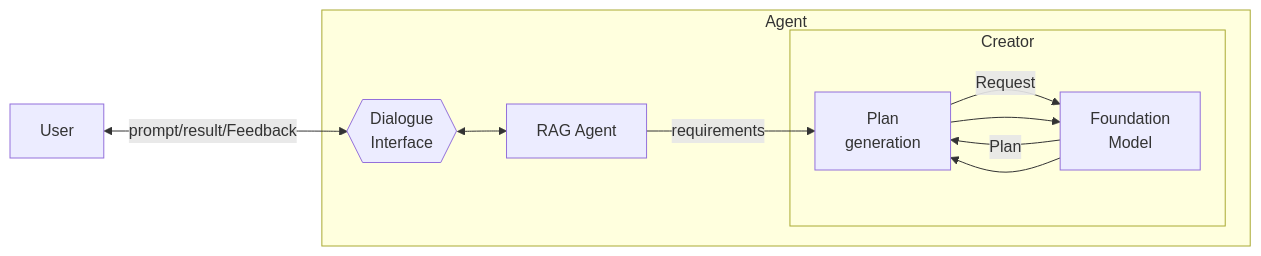
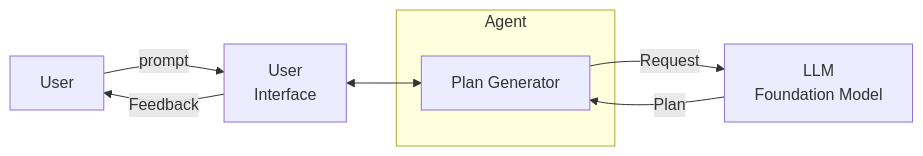
One commit to yanjustino/AgentPatternCatalogue changed the diagram in doc/IncrementalModelQuerying.md. Above: the diagram before and after it, drawn with Mermaid. The commit also changed other lines of this file and 28 other files, not shown here.

````diff
--- a/doc/IncrementalModelQuerying.md
+++ b/doc/IncrementalModelQuerying.md
@@ -6,17 +6,14 @@
 ```mermaid
 flowchart LR
-    U[User] <-->|prompt/result/Feedback| Dlg{{ Dialogue <br>Interface }}
-    PG[Plan <br>generation]
-
-    subgraph AGENT [Agent]
-        subgraph CREATOR [Creator]
-            PG --> |Request| LLMa[Foundation <br>Model]
-            LLMa --> |Plan| PG
-            PG --> LLMa
-            LLMa --> PG
-        end
-
-        Dlg <--> RAG[RAG Agent]
-        RAG -->|requirements| PG
+    U[User] -->|prompt| Dlg[User <br> Interface]
+    Dlg[User <br> Interface] -->|Feedback| U
+    
+    subgraph Agent
+        PG[Plan Generator]
     end
+    Dlg <--> PG
+    
+    PG --> |Request| LLMa[LLM <br>Foundation Model]
+    LLMa --> |Plan| PG
+    
 ```
````
